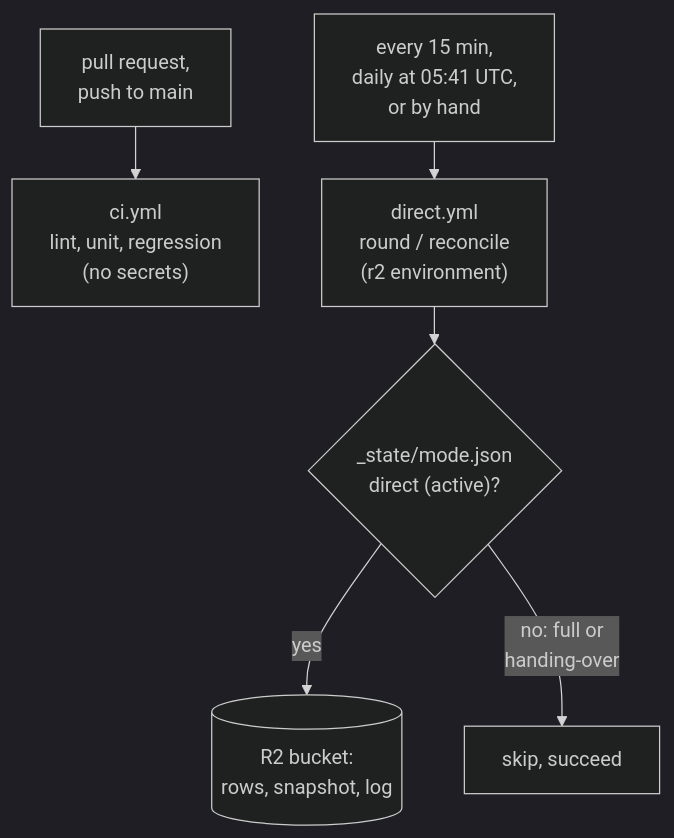
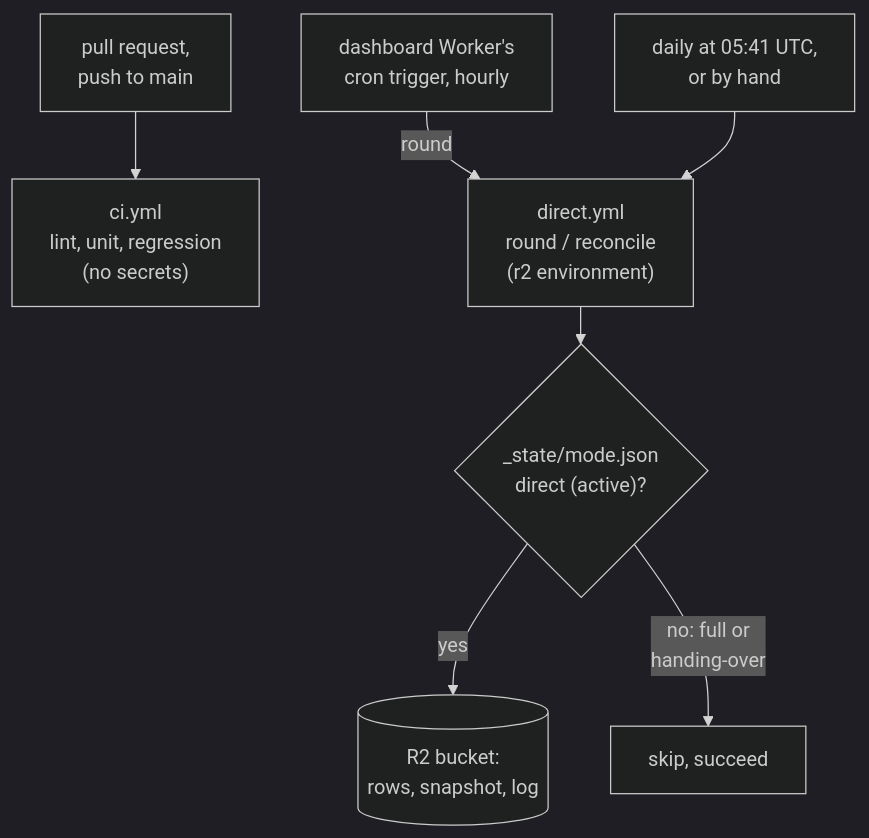
The diagram in docs/technical/ci.md (dienarvaez1/earth-hub), drawn with Mermaid (dark theme) before and after one commit. The commit also changed other lines of this file and 23 other files, not shown here.

First line of the commit message:
feat: start direct rounds hourly from a Cloudflare cron trigger (DEF-052) (#40)

````diff
--- a/docs/technical/ci.md
+++ b/docs/technical/ci.md
@@ -7,9 +7,10 @@
 ```mermaid
 %%{init: {"flowchart": {"rankSpacing": 30, "nodeSpacing": 50}}}%%
 flowchart TB
     pr["pull request,<br/>push to main"] --> ci["ci.yml<br/>lint, unit, regression<br/>(no secrets)"]
-    cron["every 15 min,<br/>daily at 05:41 UTC,<br/>or by hand"] --> direct["direct.yml<br/>round / reconcile<br/>(r2 environment)"]
+    trigger["dashboard Worker's<br/>cron trigger, hourly"] -- round --> direct["direct.yml<br/>round / reconcile<br/>(r2 environment)"]
+    cron["daily at 05:41 UTC,<br/>or by hand"] --> direct
     direct --> check{"_state/mode.json<br/>direct (active)?"}
     check -- yes --> r2[("R2 bucket:<br/>rows, snapshot, log")]
     check -- "no: full or<br/>handing-over" --> skip["skip, succeed"]
 ```
````
